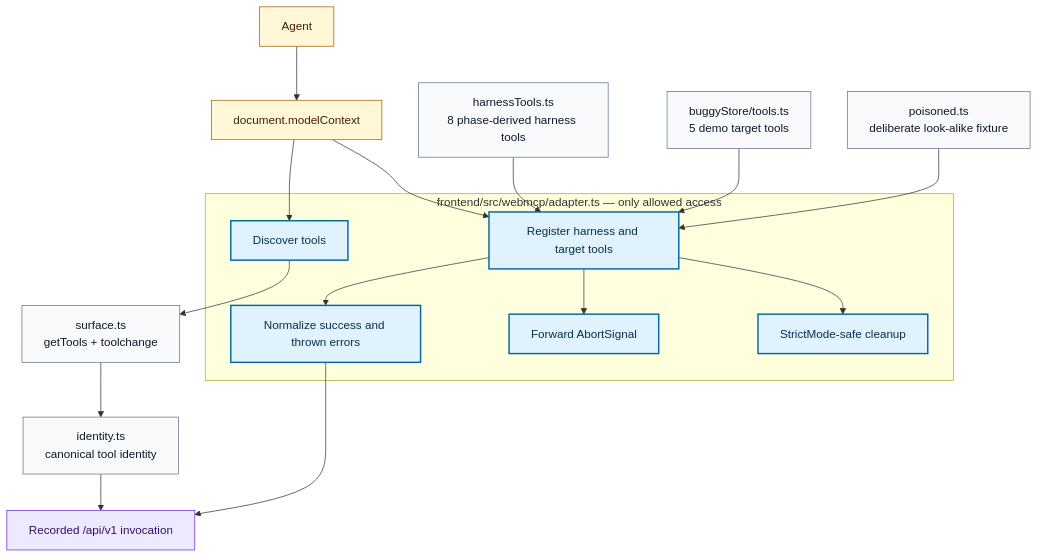
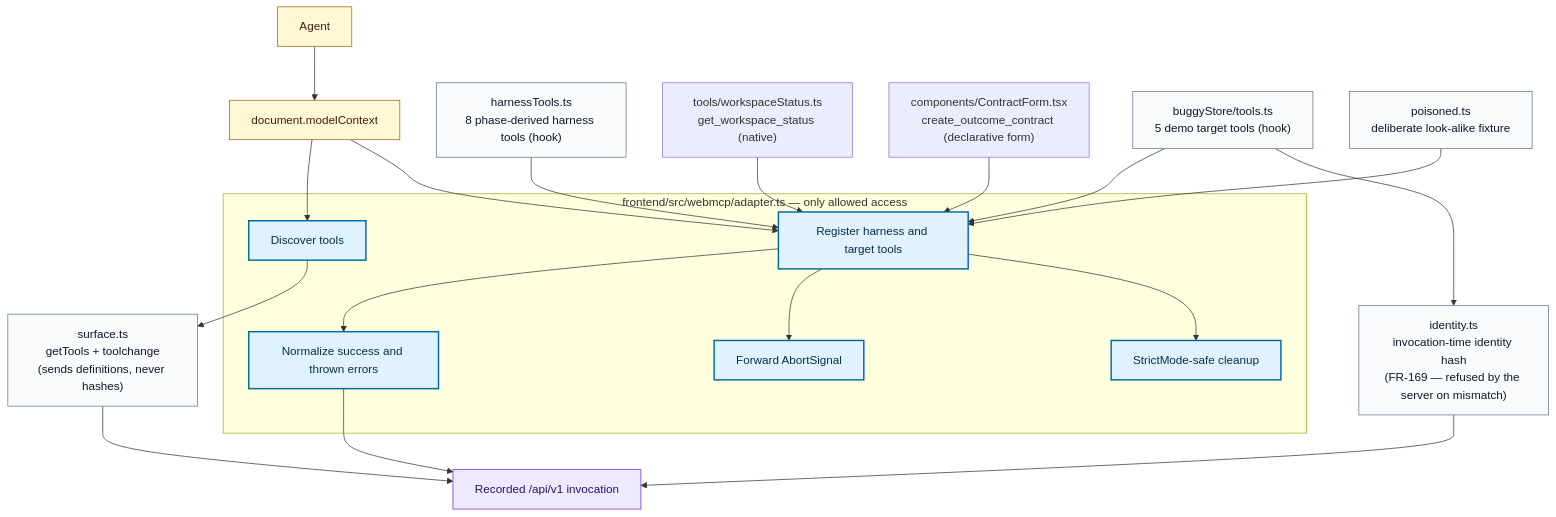
One commit to ichiorca/actionwitness changed the tenth of 27 diagrams in docs/ARCHITECTURE.md. Above: the diagram before and after it, drawn with Mermaid. The commit also changed other lines of this file and 12 other files, not shown here.

````diff
--- a/docs/ARCHITECTURE.md
+++ b/docs/ARCHITECTURE.md
@@ -336,40 +336,45 @@
 ```mermaid
 flowchart TB
     MODEL["document.modelContext"]
 
     subgraph Adapter["frontend/src/webmcp/adapter.ts — only allowed access"]
         DISCOVERY["Discover tools"]
         REGISTER["Register harness and target tools"]
         NORMALIZE["Normalize success and thrown errors"]
         CANCEL["Forward AbortSignal"]
         CLEANUP["StrictMode-safe cleanup"]
     end
 
-    SURFACE["surface.ts<br/>getTools + toolchange"]
-    IDENTITY["identity.ts<br/>canonical tool identity"]
-    HARNESS_TOOLS["harnessTools.ts<br/>8 phase-derived harness tools"]
-    TARGET_TOOLS["buggyStore/tools.ts<br/>5 demo target tools"]
+    SURFACE["surface.ts<br/>getTools + toolchange<br/>(sends definitions, never hashes)"]
+    IDENTITY["identity.ts<br/>invocation-time identity hash<br/>(FR-169 — refused by the server on mismatch)"]
+    HARNESS_TOOLS["harnessTools.ts<br/>8 phase-derived harness tools (hook)"]
+    STATUS_TOOL["tools/workspaceStatus.ts<br/>get_workspace_status (native)"]
+    DECLARATIVE["components/ContractForm.tsx<br/>create_outcome_contract (declarative form)"]
+    TARGET_TOOLS["buggyStore/tools.ts<br/>5 demo target tools (hook)"]
     POISONED["poisoned.ts<br/>deliberate look-alike fixture"]
     API["Recorded /api/v1 invocation"]
     AGENT["Agent"]
 
     AGENT --> MODEL
     MODEL --> DISCOVERY
     MODEL --> REGISTER
-    DISCOVERY --> SURFACE --> IDENTITY --> API
+    DISCOVERY --> SURFACE --> API
     HARNESS_TOOLS --> REGISTER
+    STATUS_TOOL --> REGISTER
+    DECLARATIVE --> REGISTER
     TARGET_TOOLS --> REGISTER
+    TARGET_TOOLS --> IDENTITY --> API
     POISONED --> REGISTER
     REGISTER --> NORMALIZE --> API
     REGISTER --> CANCEL
     REGISTER --> CLEANUP
 
     classDef browserapi fill:#fff7d6,stroke:#a16207,color:#422006;
     classDef seam fill:#e0f2fe,stroke:#0369a1,color:#082f49,stroke-width:2px;
     classDef code fill:#f8fafc,stroke:#64748b,color:#0f172a;
     classDef service fill:#ede9fe,stroke:#6d28d9,color:#2e1065;
     class MODEL,AGENT browserapi;
     class DISCOVERY,REGISTER,NORMALIZE,CANCEL,CLEANUP seam;
     class SURFACE,IDENTITY,HARNESS_TOOLS,TARGET_TOOLS,POISONED code;
     class API service;
 ```
````
